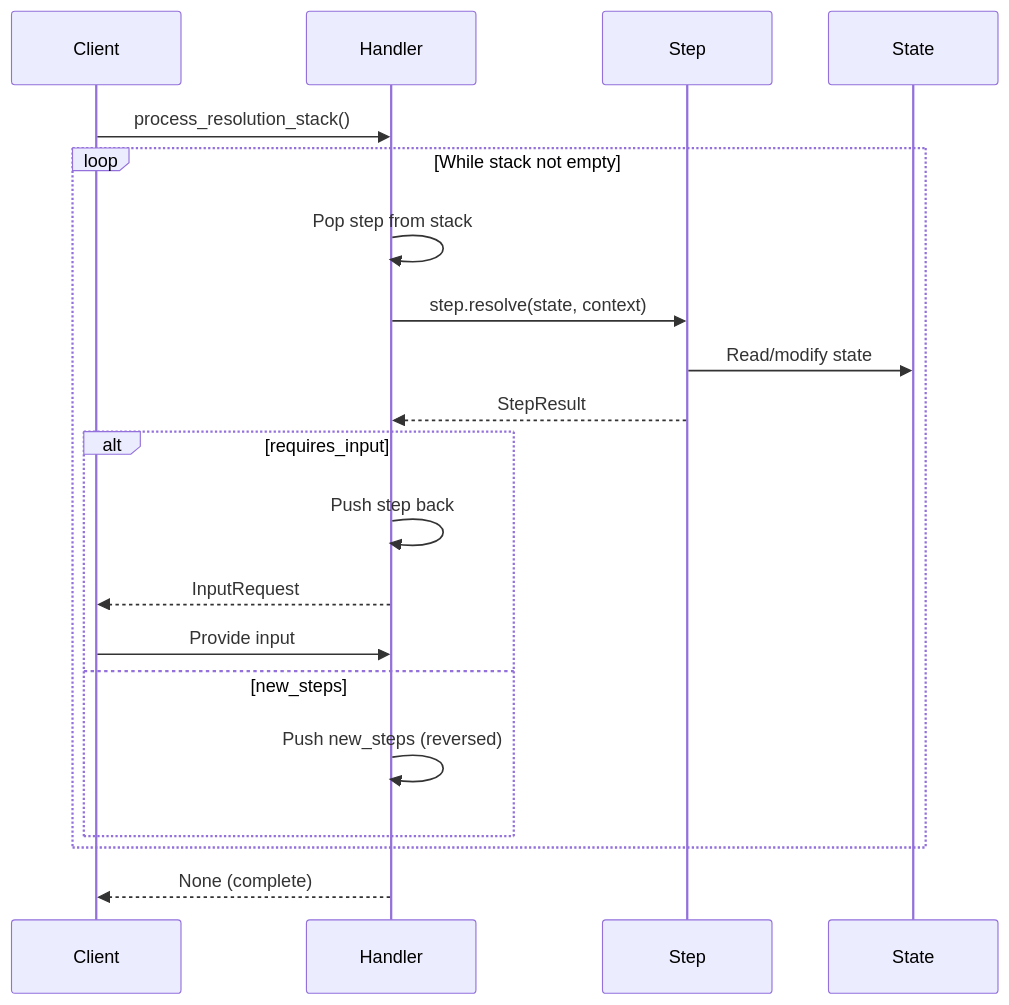
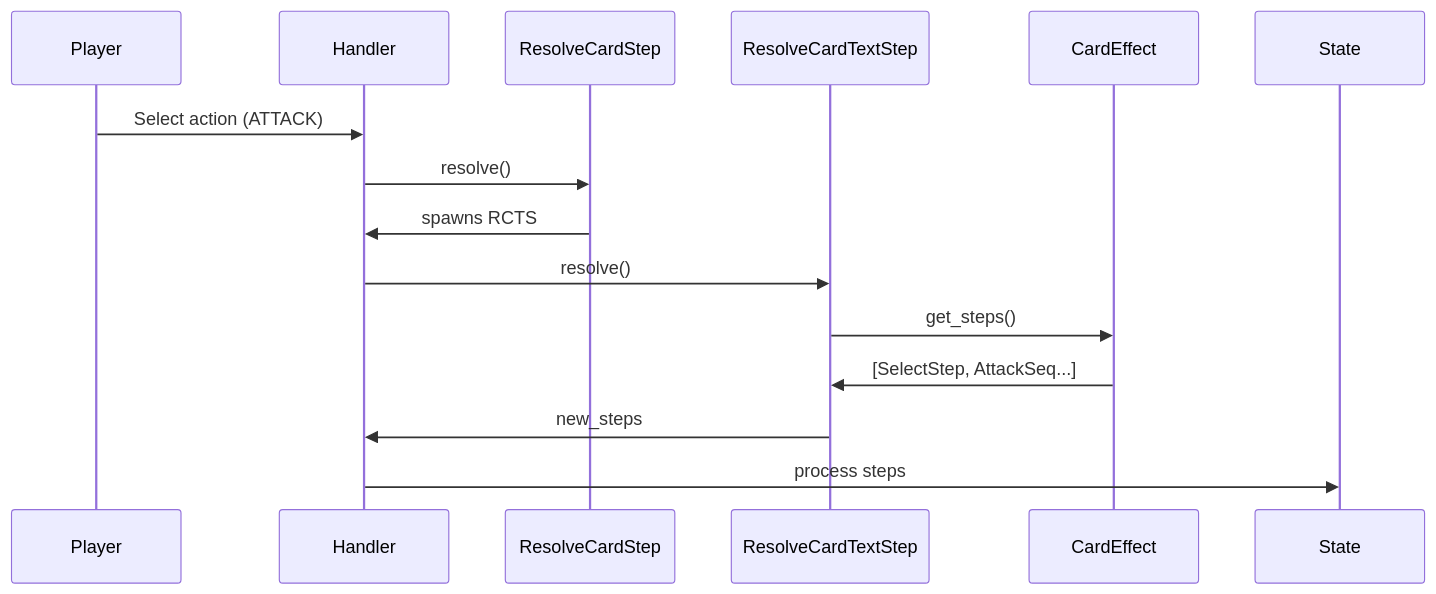
One commit to PedroVIOliv/goa2-backend changed the second of 4 diagrams in docs/CODEBASE_MAP.md. Above: the diagram before and after it, drawn with Mermaid. The commit also changed other lines of this file and 5 other files, not shown here.

````diff
--- a/docs/CODEBASE_MAP.md
+++ b/docs/CODEBASE_MAP.md
@@ -311,23 +370,18 @@
 ```mermaid
 sequenceDiagram
-    participant Client
-    participant Handler
-    participant Step
-    participant State
+    participant P as Player
+    participant H as Handler
+    participant RCS as ResolveCardStep
+    participant RCTS as ResolveCardTextStep
+    participant E as CardEffect
+    participant S as State
 
-    Client->>Handler: process_resolution_stack()
-    loop While stack not empty
-        Handler->>Handler: Pop step from stack
-        Handler->>Step: step.resolve(state, context)
-        Step->>State: Read/modify state
-        Step-->>Handler: StepResult
-        alt requires_input
-            Handler->>Handler: Push step back
-            Handler-->>Client: InputRequest
-            Client->>Handler: Provide input
-        else new_steps
-            Handler->>Handler: Push new_steps (reversed)
-        end
-    end
-    Handler-->>Client: None (complete)
+    P->>H: Select action (ATTACK)
+    H->>RCS: resolve()
+    RCS->>H: spawns RCTS
+    H->>RCTS: resolve()
+    RCTS->>E: get_steps()
+    E->>RCTS: [SelectStep, AttackSeq...]
+    RCTS->>H: new_steps
+    H->>S: process steps
 ```
````
